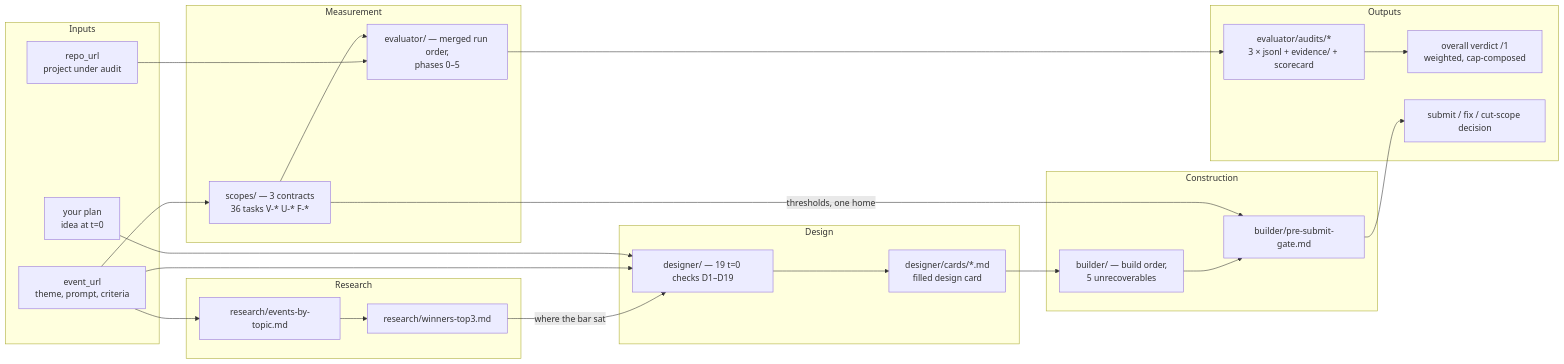
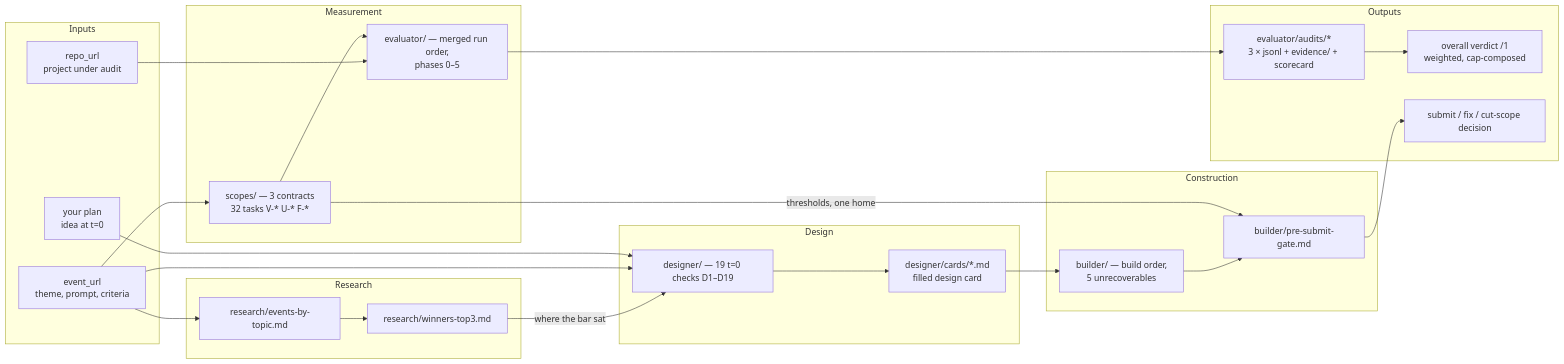
The first of 2 diagrams in README.md (ishamishra0408/WinningHackProjects), drawn with Mermaid before and after one commit. The commit also changed other lines of this file and 16 other files, not shown here.

````diff
--- a/README.md
+++ b/README.md
@@ -54,43 +54,43 @@
 ```mermaid
 flowchart LR
     subgraph Inputs
         EV[event_url<br/>theme, prompt, criteria]
         RP[repo_url<br/>project under audit]
         PL[your plan<br/>idea at t=0]
     end
 
     subgraph Research
         R1[research/events-by-topic.md]
         R2[research/winners-top3.md]
     end
 
     subgraph Measurement
-        SC[scopes/ — 3 contracts<br/>36 tasks V-* U-* F-*]
+        SC[scopes/ — 3 contracts<br/>32 tasks V-* U-* F-*]
         EVAL[evaluator/ — merged run order,<br/>phases 0–5]
     end
 
     subgraph Design
         DC[designer/ — 19 t=0 checks D1–D19]
         CARD[designer/cards/*.md<br/>filled design card]
     end
 
     subgraph Construction
         BS[builder/ — build order,<br/>5 unrecoverables]
         GATE[builder/pre-submit-gate.md]
     end
 
     subgraph Outputs
         AUD[evaluator/audits/*<br/>3 × jsonl + evidence/ + scorecard]
         VERDICT[overall verdict /1<br/>weighted, cap-composed]
         GO[submit / fix / cut-scope decision]
     end
 
     EV --> R1 --> R2
     EV --> SC
     RP --> EVAL
     R2 -->|where the bar sat| DC
     SC --> EVAL --> AUD --> VERDICT
     EV --> DC
     PL --> DC --> CARD --> BS --> GATE --> GO
     SC -->|thresholds, one home| GATE
 ```
````
